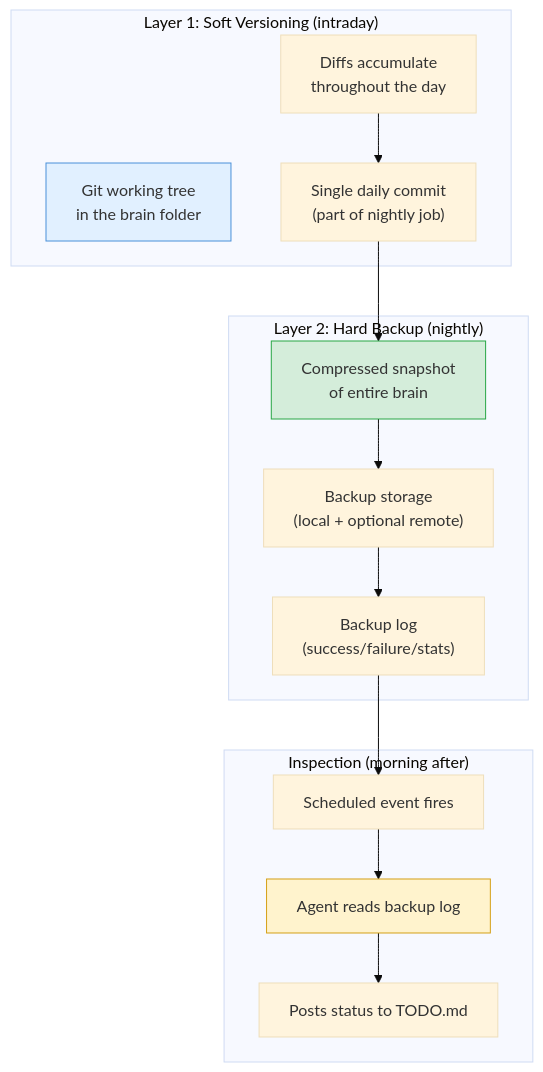
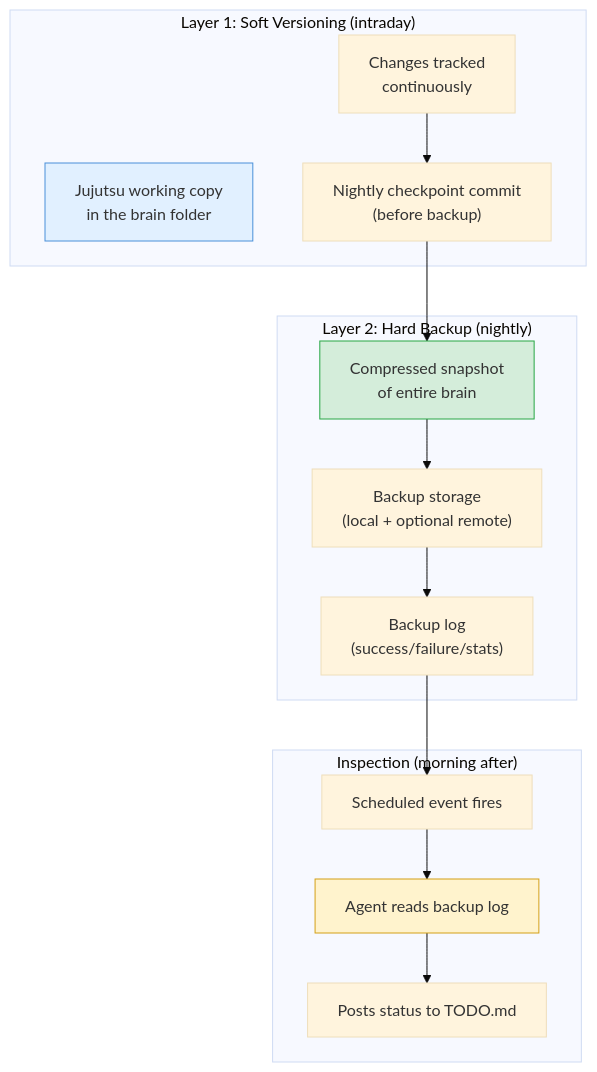
Before and after one commit to allofher/carson: the first of 4 diagrams in VERSIONING.md, drawn with Mermaid (base theme). The commit also changed other lines of this file and 17 other files, not shown here.

````diff
--- a/VERSIONING.md
+++ b/VERSIONING.md
@@ -23,32 +23,32 @@
 ```mermaid
 graph TB
     subgraph "Layer 1: Soft Versioning (intraday)"
-        SV["Git working tree<br/>in the brain folder"]
-        DIFF["Diffs accumulate<br/>throughout the day"]
-        COMMIT["Single daily commit<br/>(part of nightly job)"]
+        SV["Jujutsu working copy<br/>in the brain folder"]
+        DIFF["Changes tracked<br/>continuously"]
+        COMMIT["Nightly checkpoint commit<br/>(before backup)"]
     end
 
     subgraph "Layer 2: Hard Backup (nightly)"
         SNAP["Compressed snapshot<br/>of entire brain"]
         STORE["Backup storage<br/>(local + optional remote)"]
         LOG["Backup log<br/>(success/failure/stats)"]
     end
 
     subgraph "Inspection (morning after)"
         CRON["Scheduled event fires"]
         AGENT["Agent reads backup log"]
         TODO["Posts status to TODO.md"]
     end
 
     DIFF --> COMMIT
     COMMIT --> SNAP
     SNAP --> STORE
     STORE --> LOG
     LOG --> CRON
     CRON --> AGENT
     AGENT --> TODO
 
     style SV fill:#e1f0ff,stroke:#4a90d9
     style SNAP fill:#d4edda,stroke:#28a745
     style AGENT fill:#fff3cd,stroke:#d4a017
 ```
````
